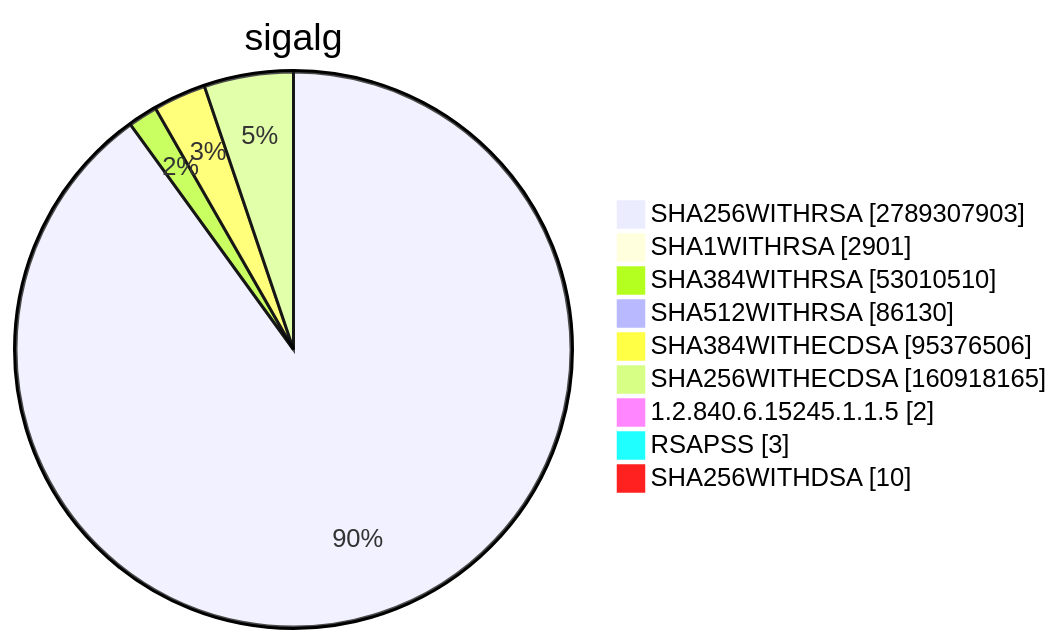
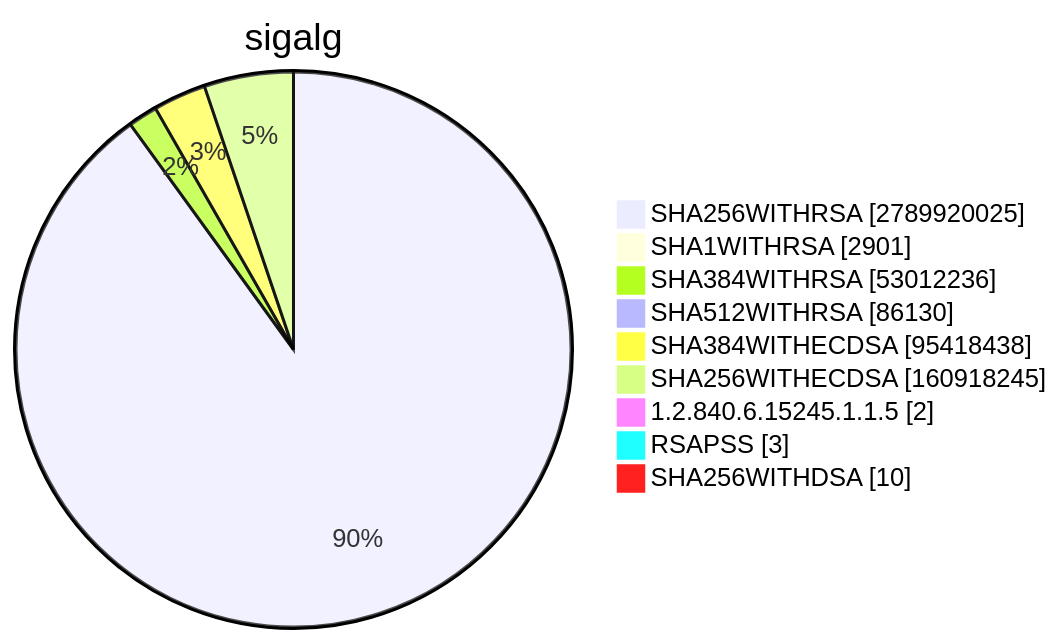
One commit to christiankrug/ctmonitor_visualization changed diagram 15 of 15 in TOTAL/README.md. Above: the diagram before and after it, drawn with Mermaid. The commit also changed other lines of this file, not shown here.

````diff
--- a/TOTAL/README.md
+++ b/TOTAL/README.md
@@ -6207,13 +6207,13 @@
 ```mermaid
 pie showData
 title sigalg
-"SHA256WITHRSA" :2789307903
+"SHA256WITHRSA" :2789920025
 "SHA1WITHRSA" :2901
-"SHA384WITHRSA" :53010510
+"SHA384WITHRSA" :53012236
 "SHA512WITHRSA" :86130
-"SHA384WITHECDSA" :95376506
-"SHA256WITHECDSA" :160918165
+"SHA384WITHECDSA" :95418438
+"SHA256WITHECDSA" :160918245
 "1.2.840.6.15245.1.1.5" :2
 "RSAPSS" :3
 "SHA256WITHDSA" :10
 ```
````
